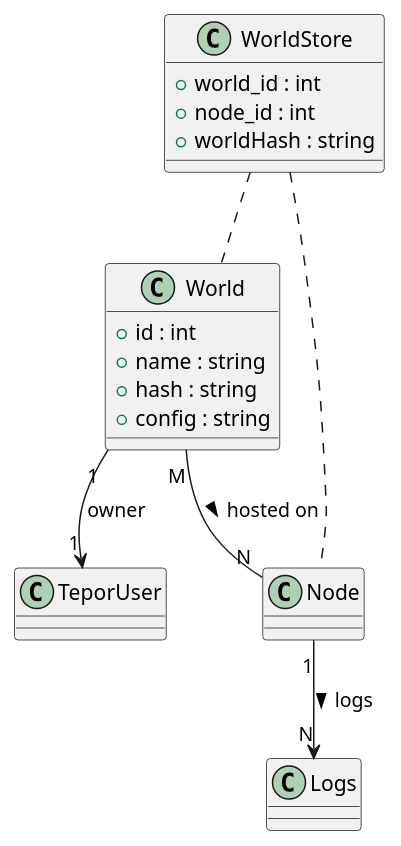
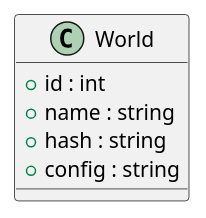
Before and after one commit to GeorgRohrhofer/tepor: the diagram in Documentation/Database_Diagrams/NodeDB.puml, drawn with PlantUML.

Commit message:
fix(database diagrams): remove unnecessary tables from NodeDB.puml

```diff
--- a/Documentation/Database_Diagrams/NodeDB.puml
+++ b/Documentation/Database_Diagrams/NodeDB.puml
@@ -1,23 +1,10 @@
 @startuml
 
 class World {
     +id : int
     +name : string
     +hash : string
     +config : string
 }
 
-class WorldStore {
-    +world_id : int
-    +node_id : int
-    +worldHash : string
-}
-
-World "1" --> "1" TeporUser : owner
-World "M" -- "N" Node : hosted on >
-WorldStore .. World
-WorldStore .. Node
-
-Node "1" --> "N" Logs : logs >
-
 @enduml
```
